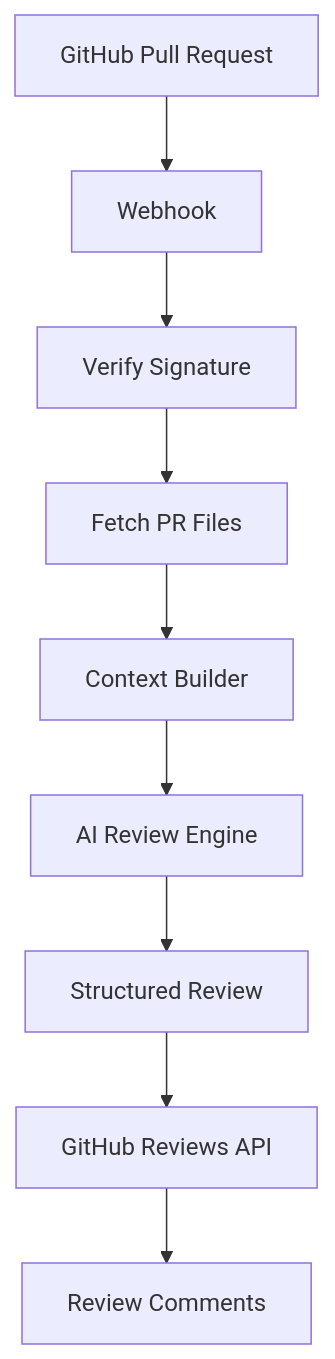
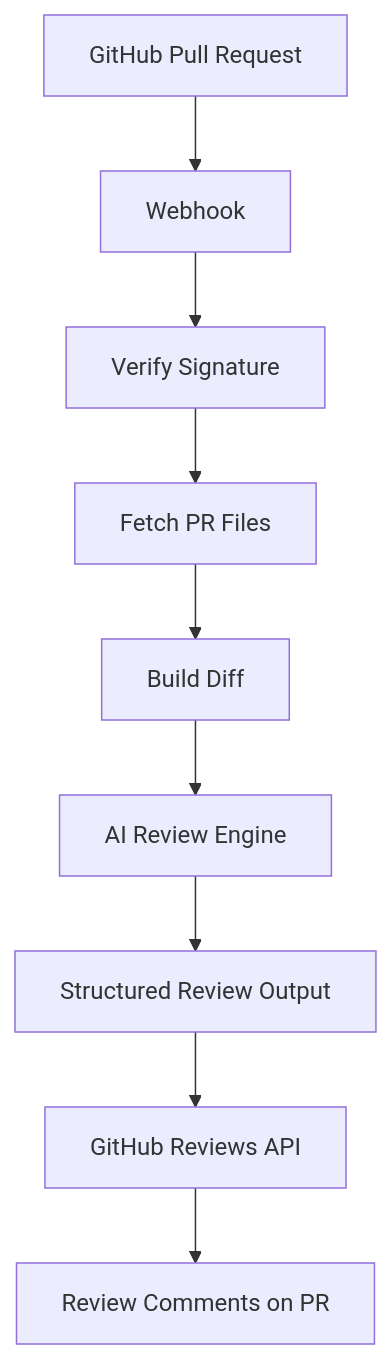
One commit to yogesh201sits/codefox changed the diagram in README.md. Above: the diagram before and after it, drawn with Mermaid. The commit also changed other lines of this file, not shown here.

````diff
--- a/README.md
+++ b/README.md
@@ -128,21 +89,12 @@
 ```mermaid
 flowchart TD
 
-A[GitHub Pull Request]
-
-A --> B[Webhook]
-
+A[GitHub Pull Request] --> B[Webhook]
 B --> C[Verify Signature]
-
 C --> D[Fetch PR Files]
-
-D --> E[Context Builder]
-
+D --> E[Build Diff]
 E --> F[AI Review Engine]
-
-F --> G[Structured Review]
-
+F --> G[Structured Review Output]
 G --> H[GitHub Reviews API]
-
-H --> I[Review Comments]
+H --> I[Review Comments on PR]
 ```
````
